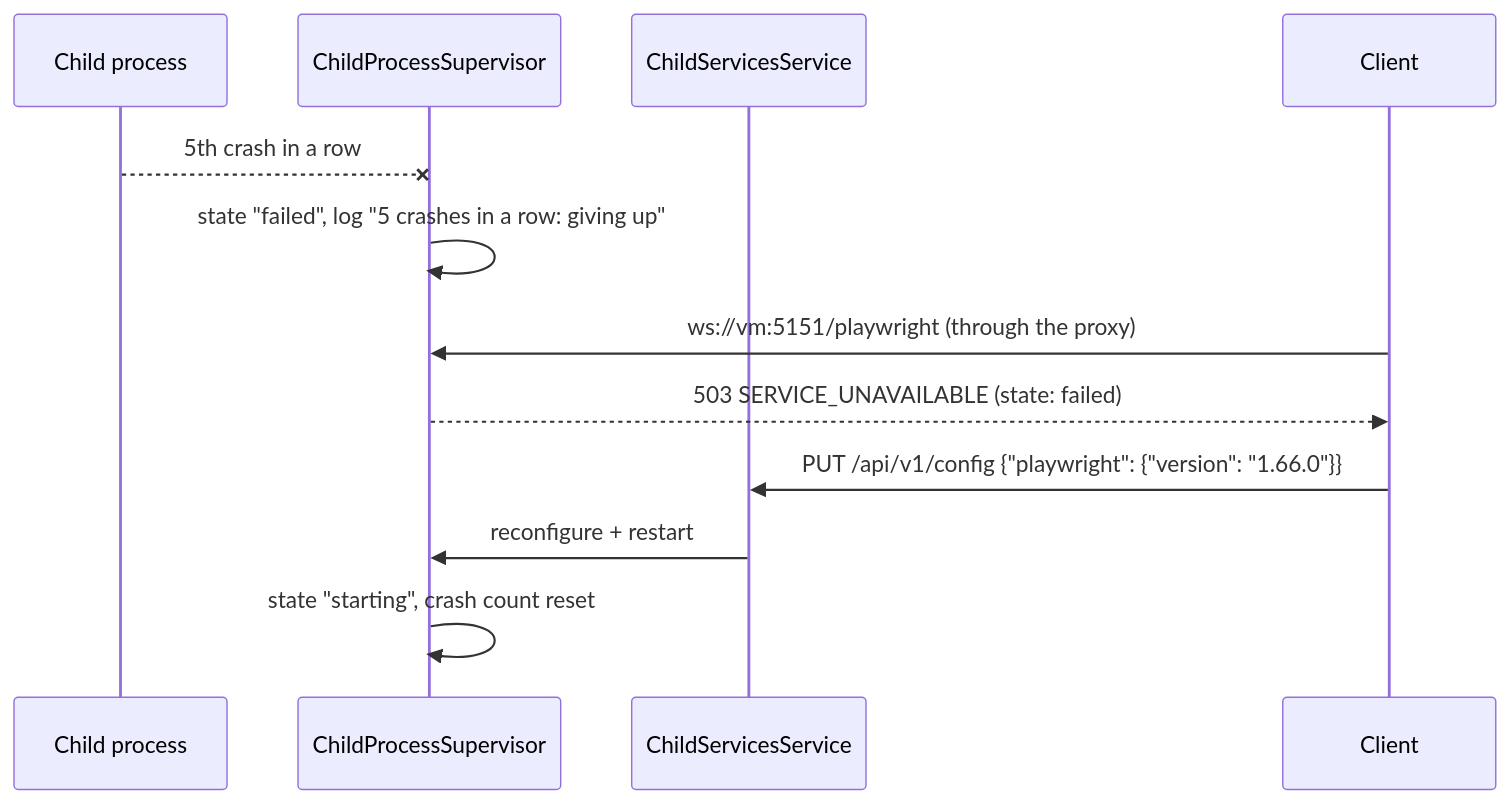
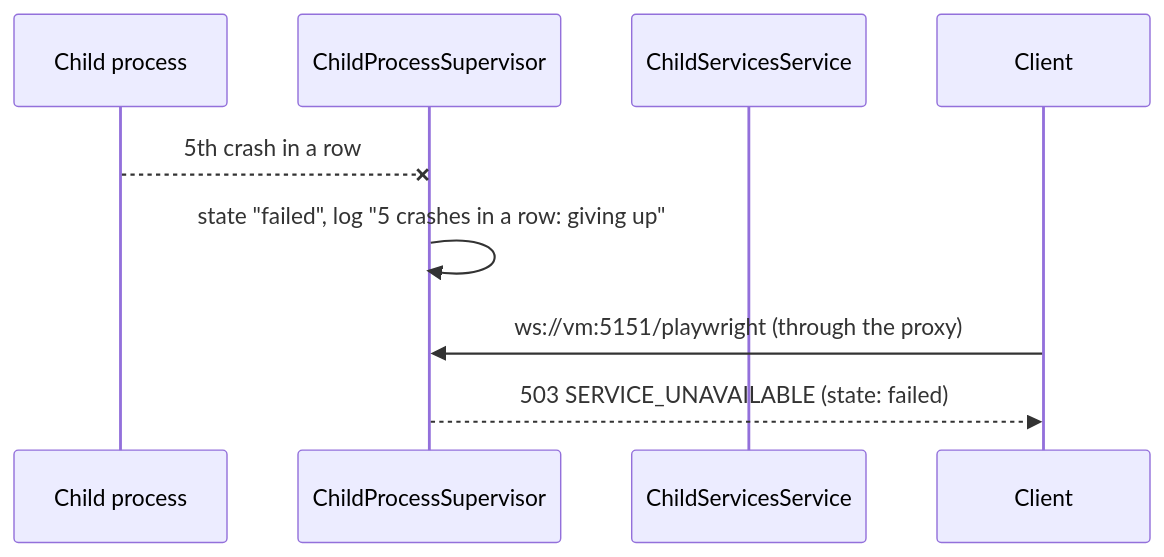
Before and after one commit to TimoSto/screenreader-speech-capture: the third of 3 diagrams in docs/implementation/flows/child-services.md, drawn with Mermaid. The commit also changed other lines of this file and 52 other files, not shown here.

````diff
--- a/docs/implementation/flows/child-services.md
+++ b/docs/implementation/flows/child-services.md
@@ -73,15 +72,12 @@
 ```mermaid
 sequenceDiagram
     participant P as Child process
     participant S as ChildProcessSupervisor
     participant Ch as ChildServicesService
     participant C as Client
 
     P--xS: 5th crash in a row
     S->>S: state "failed", log "5 crashes in a row: giving up"
     C->>S: ws://vm:5151/playwright (through the proxy)
     S-->>C: 503 SERVICE_UNAVAILABLE (state: failed)
-    C->>Ch: PUT /api/v1/config {"playwright": {"version": "1.66.0"}}
-    Ch->>S: reconfigure + restart
-    S->>S: state "starting", crash count reset
 ```
````
